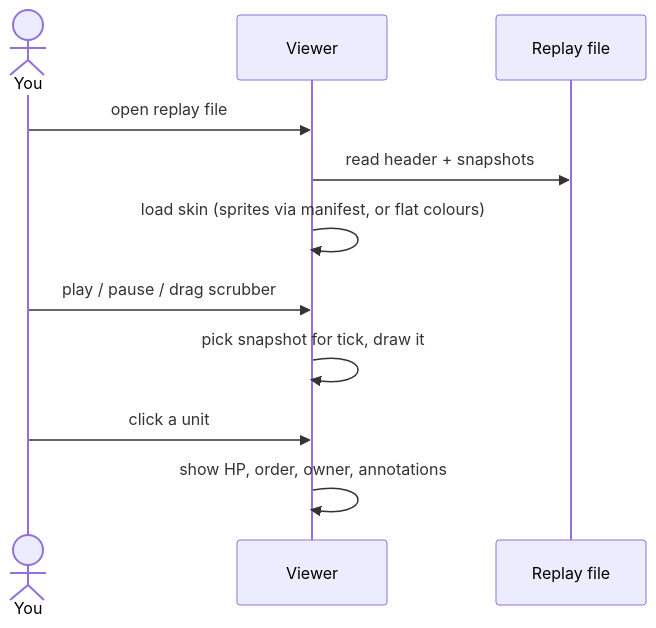
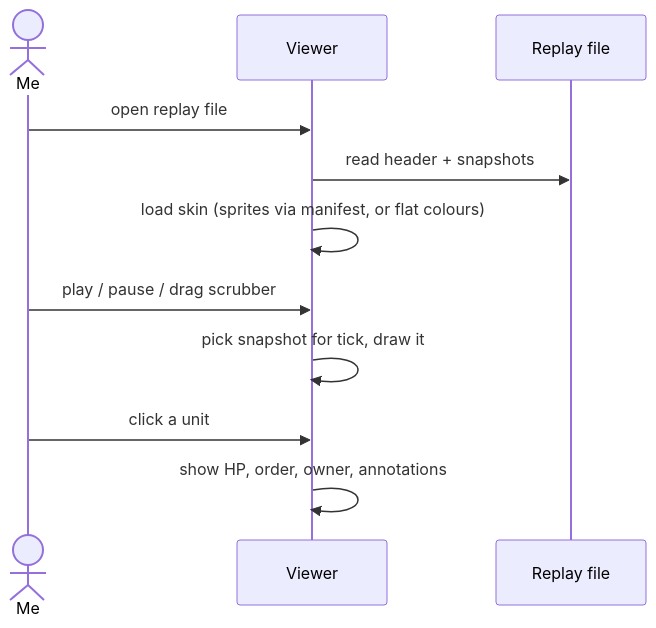
One commit to quantum-crowbar/learning-rts changed the fifth of 7 diagrams in docs/general/architecture.md. Above: the diagram before and after it, drawn with Mermaid. The commit also changed other lines of this file, not shown here.

Commit message:
docs(architecture): first person; note build order

````diff
--- a/docs/general/architecture.md
+++ b/docs/general/architecture.md
@@ -227,13 +229,13 @@
 ```mermaid
 sequenceDiagram
-    actor U as You
+    actor U as Me
     participant V as Viewer
     participant F as Replay file
     U->>V: open replay file
     V->>F: read header + snapshots
     V->>V: load skin (sprites via manifest, or flat colours)
     U->>V: play / pause / drag scrubber
     V->>V: pick snapshot for tick, draw it
     U->>V: click a unit
     V->>V: show HP, order, owner, annotations
 ```
````
